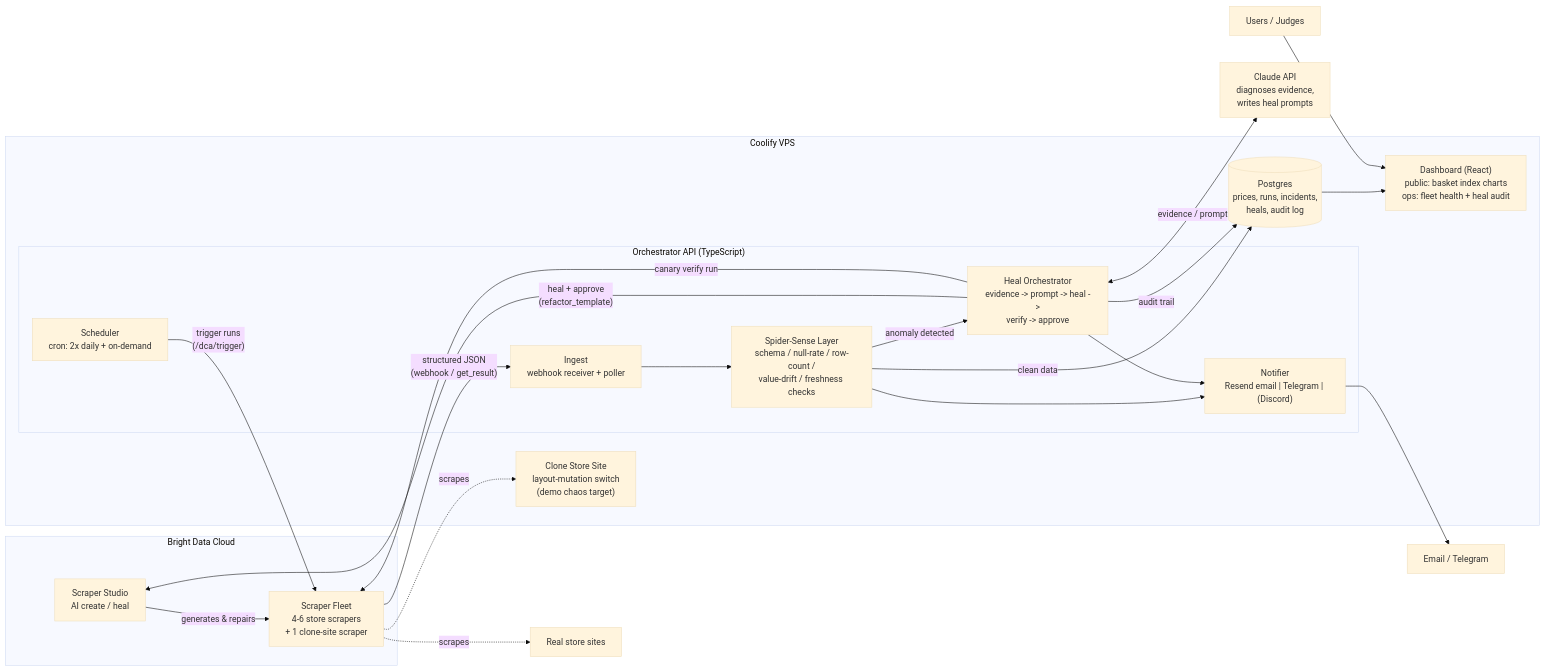
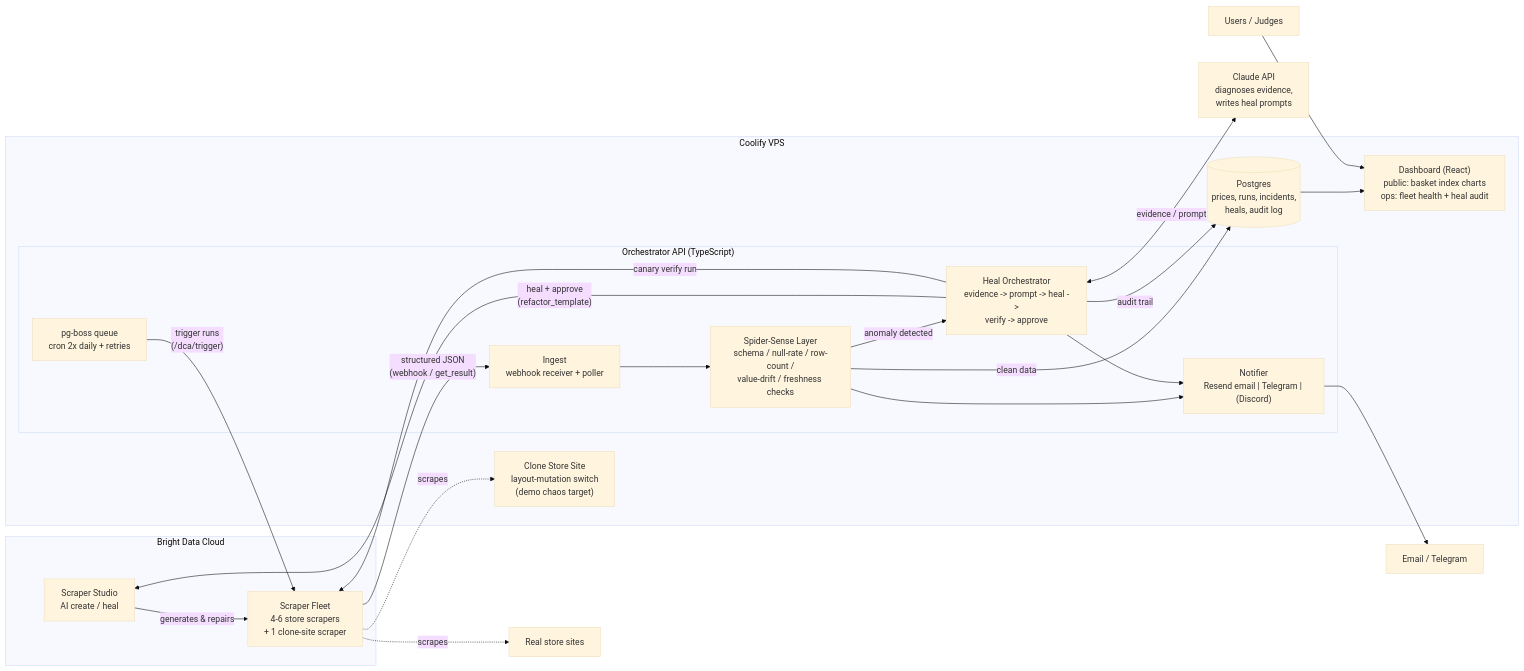
The first of 5 diagrams in docs/architecture.md (spencerjireh/basketwatch), drawn with Mermaid (base theme) before and after one commit. The commit also changed other lines of this file and 24 other files, not shown here.

Commit message:
backend: swap Hono/node-cron for NestJS + pg-boss; dev/prod compose split with Dockerfiles; docs updated

````diff
--- a/docs/architecture.md
+++ b/docs/architecture.md
@@ -45,42 +45,42 @@
 ```mermaid
 flowchart LR
     subgraph BD["Bright Data Cloud"]
         SS["Scraper Studio<br/>AI create / heal"]
         FLEET["Scraper Fleet<br/>4-6 store scrapers<br/>+ 1 clone-site scraper"]
         SS -->|generates & repairs| FLEET
     end
 
     subgraph VPS["Coolify VPS"]
         subgraph API["Orchestrator API (TypeScript)"]
-            SCHED["Scheduler<br/>cron: 2x daily + on-demand"]
+            SCHED["pg-boss queue<br/>cron 2x daily + retries"]
             INGEST["Ingest<br/>webhook receiver + poller"]
             SENSE["Spider-Sense Layer<br/>schema / null-rate / row-count /<br/>value-drift / freshness checks"]
             HEAL["Heal Orchestrator<br/>evidence -> prompt -> heal -><br/>verify -> approve"]
             NOTIF["Notifier<br/>Resend email | Telegram | (Discord)"]
         end
         DB[("Postgres<br/>prices, runs, incidents,<br/>heals, audit log")]
         DASH["Dashboard (React)<br/>public: basket index charts<br/>ops: fleet health + heal audit"]
         CLONE["Clone Store Site<br/>layout-mutation switch<br/>(demo chaos target)"]
     end
 
     CLAUDE["Claude API<br/>diagnoses evidence,<br/>writes heal prompts"]
     USERS["Users / Judges"]
     CHANNELS["Email / Telegram"]
 
     SCHED -->|"trigger runs<br/>(/dca/trigger)"| FLEET
     FLEET -->|"structured JSON<br/>(webhook / get_result)"| INGEST
     INGEST --> SENSE
     SENSE -->|clean data| DB
     SENSE -->|anomaly detected| HEAL
     HEAL <-->|evidence / prompt| CLAUDE
     HEAL -->|"heal + approve<br/>(refactor_template)"| SS
     HEAL -->|canary verify run| FLEET
     HEAL -->|audit trail| DB
     SENSE --> NOTIF
     HEAL --> NOTIF
     DB --> DASH
     NOTIF --> CHANNELS
     USERS --> DASH
     FLEET -.->|scrapes| CLONE
     FLEET -.->|scrapes| WEB["Real store sites"]
 ```
````
